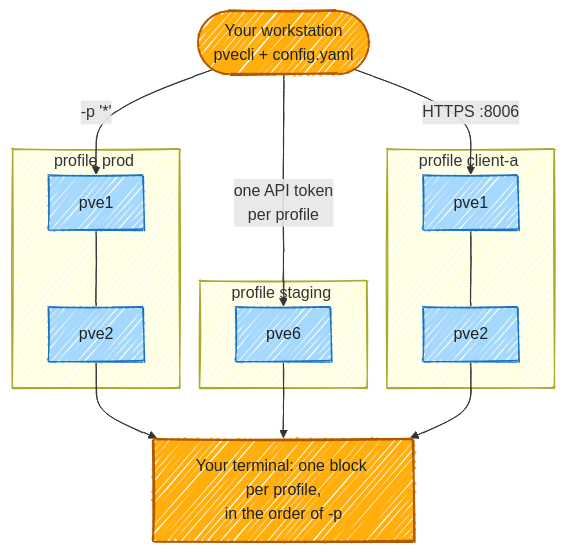
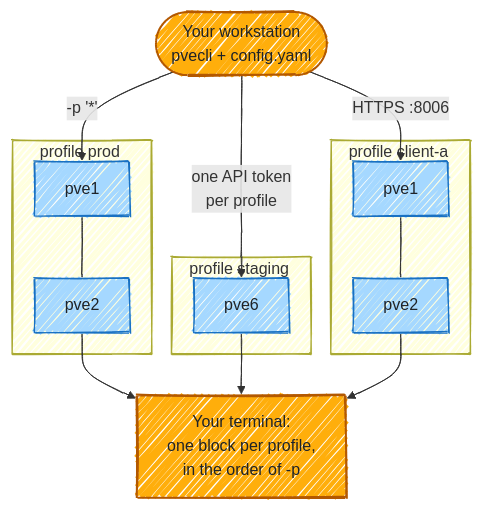
The diagram in docs/fleet/index.md (Helphyy/pvecli), drawn with Mermaid before and after one commit. The commit also changed other lines of this file and 19 other files, not shown here.

First line of the commit message:
Draw the diagrams at build time so they no longer pop in

````diff
--- a/docs/fleet/index.md
+++ b/docs/fleet/index.md
@@ -13,29 +15,31 @@
 ```mermaid
 ---
 config:
   look: handDrawn
   flowchart:
     curve: basis
+    nodeSpacing: 22
+    rankSpacing: 40
 ---
 flowchart TB
   you(["Your workstation<br/>pvecli + config.yaml"]):::pv
   you -- "-p '*'" --> p1
   you -- "one API token<br/>per profile" --> s1
   you -- "HTTPS :8006" --> c1
   subgraph prod ["profile prod#nbsp;"]
     p1["pve1"]:::host --- p2["pve2"]:::host
   end
   subgraph staging ["profile staging#nbsp;"]
     s1["pve6"]:::host
   end
   subgraph clienta ["profile client-a#nbsp;"]
     c1["pve1"]:::host --- c2["pve2"]:::host
   end
   p2 --> out
   s1 --> out
   c2 --> out
-  out["Your terminal: one block per profile,<br/>in the order of -p"]:::pv
+  out["Your terminal:<br/>one block per profile,<br/>in the order of -p"]:::pv
 
   classDef pv fill:#ffae0b,stroke:#b35800,color:#1f2328,stroke-width:2px
   classDef host fill:#a5d8ff,stroke:#1971c2,color:#1f2328
 ```
````
